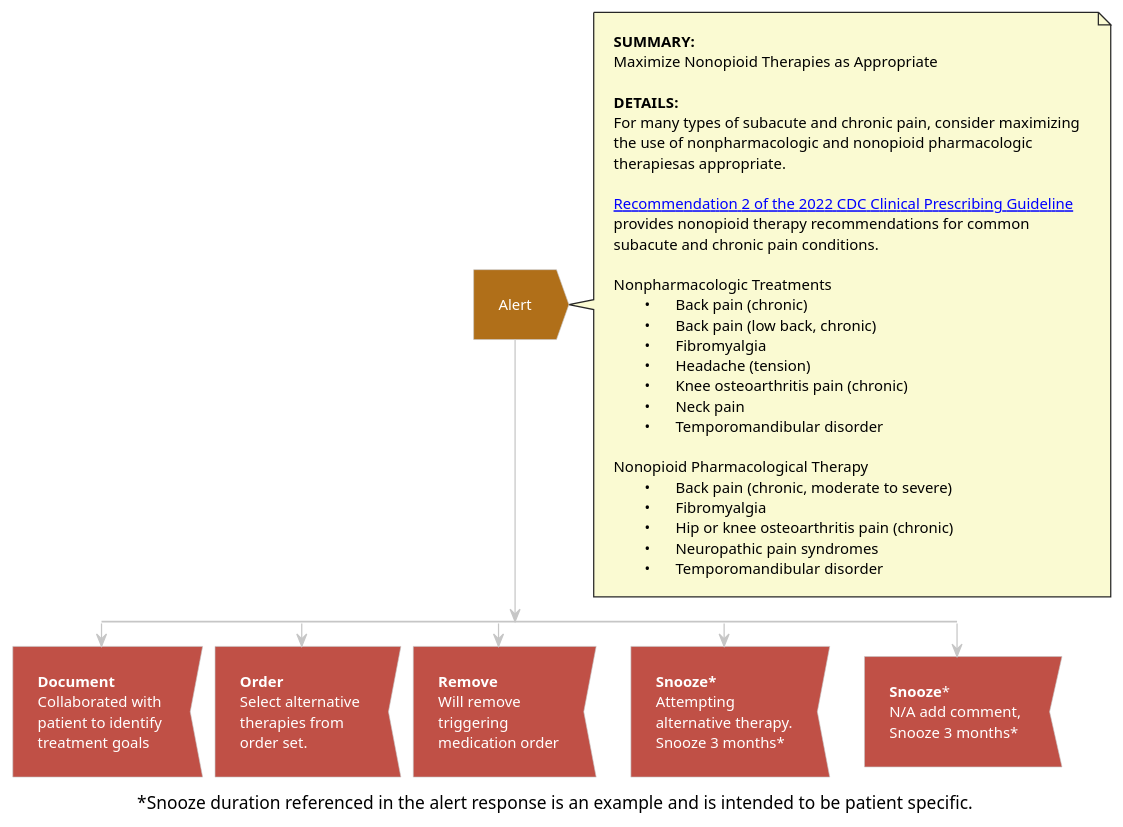
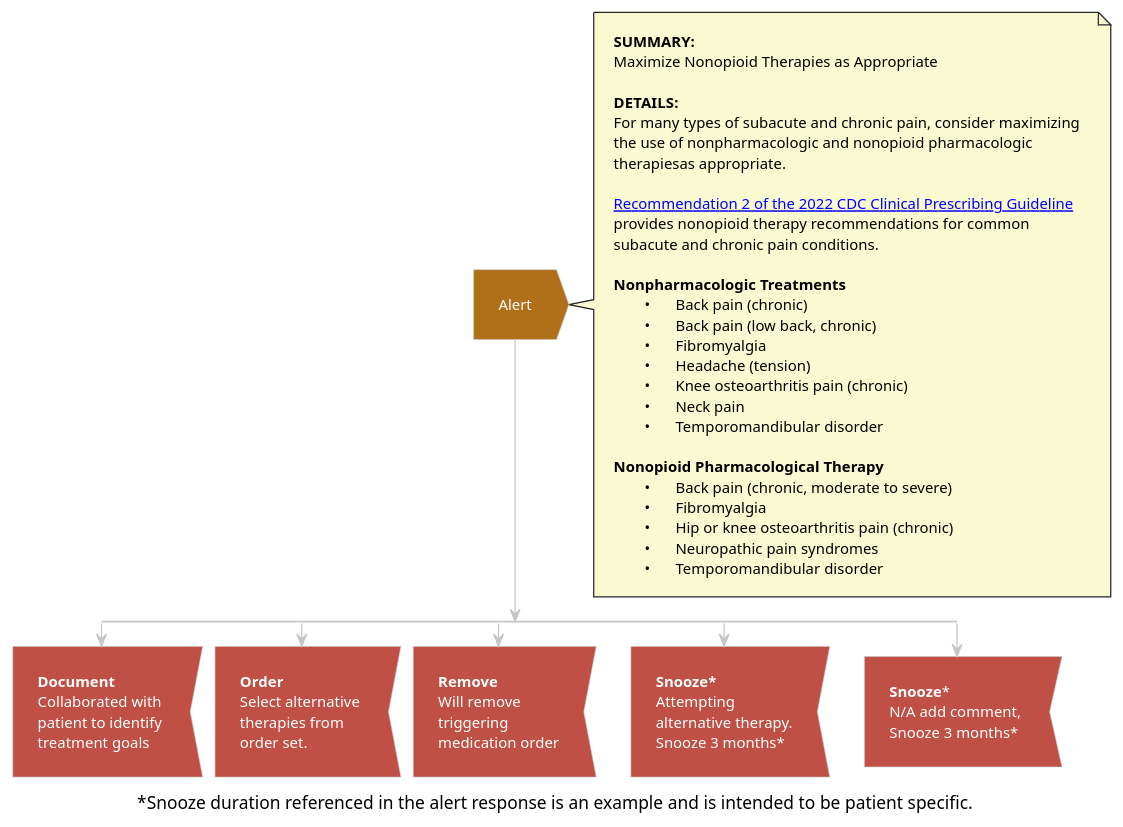
Before and after one commit to security-rs/opioid-cds-r4: the diagram in input/images-source/alert_rec02_ordersign.plantuml, drawn with PlantUML.

Commit message:
visual improvement on the note section.

```diff
--- a/input/images-source/alert_rec02_ordersign.plantuml
+++ b/input/images-source/alert_rec02_ordersign.plantuml
@@ -1,76 +1,76 @@
 @startuml alert_rec02_ordersign
 !theme carbon-gray
 <style>
 activityDiagram {
  FontColor white
  arrow {
   FontColor: Black
  }
  note {
   FontColor: Black
   BackgroundColor: #fafad2
  }
 }
 </style>
 #b06f19:Alert;<<output>>
 note right
 **SUMMARY:**  
 Maximize Nonopioid Therapies as Appropriate
 
 **DETAILS:**
 For many types of subacute and chronic pain, consider maximizing
 the use of nonpharmacologic and nonopioid pharmacologic 
 therapiesas appropriate.
 
 [[https://www.cdc.gov/mmwr/volumes/71/rr/rr7103a1.htm#Recommendation2 Recommendation 2 of the 2022 CDC Clinical Prescribing Guideline]] 
 provides nonopioid therapy recommendations for common 
 subacute and chronic pain conditions.
 
-Nonpharmacologic Treatments
+**Nonpharmacologic Treatments**
 	•	Back pain (chronic)
 	•	Back pain (low back, chronic)
 	•	Fibromyalgia
 	•	Headache (tension)
 	•	Knee osteoarthritis pain (chronic)
 	•	Neck pain
 	•	Temporomandibular disorder
 
-Nonopioid Pharmacological Therapy
+**Nonopioid Pharmacological Therapy**
 	•	Back pain (chronic, moderate to severe)
 	•	Fibromyalgia
 	•	Hip or knee osteoarthritis pain (chronic)
 	•	Neuropathic pain syndromes
 	•	Temporomandibular disorder
 end note
 split
 #c05046:**Document** 
 Collaborated with 
 patient to identify
 treatment goals;<<input>>
 kill
 split again
 #c05046:**Order** 
 Select alternative 
 therapies from 
 order set.;<<input>>
 kill
 split again
 #c05046:**Remove**
 Will remove 
 triggering 
 medication order;<<input>>
 kill
 split again
 #c05046:**Snooze* ** 
 Attempting 
 alternative therapy.
 Snooze 3 months*;<<input>>
 kill
 split again
 #c05046:**Snooze***
 N/A add comment, 
 Snooze 3 months*;<<input>>
 kill
 end split
 caption ~*Snooze duration referenced in the alert response is an example and is intended to be patient specific.
 @enduml
```
